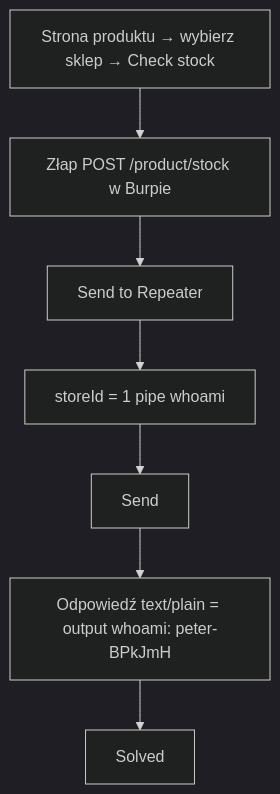
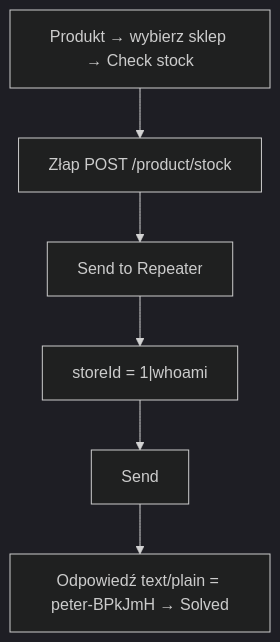
One commit to DrCondor/portswigger-labs changed the diagram in os-command-injection/01-simple-case.md. Above: the diagram before and after it, drawn with Mermaid (dark theme). The commit also changed other lines of this file and 26 other files, not shown here.

````diff
--- a/os-command-injection/01-simple-case.md
+++ b/os-command-injection/01-simple-case.md
@@ -88,9 +34,8 @@
 ```mermaid
 flowchart TD
-    A[Strona produktu → wybierz sklep → Check stock] --> B[Złap POST /product/stock w Burpie]
+    A[Produkt → wybierz sklep → Check stock] --> B[Złap POST /product/stock]
     B --> C[Send to Repeater]
-    C --> D[storeId = 1 pipe whoami]
+    C --> D["storeId = 1|whoami"]
     D --> E[Send]
-    E --> F[Odpowiedź text/plain = output whoami: peter-BPkJmH]
-    F --> G[Solved]
+    E --> F["Odpowiedź text/plain = peter-BPkJmH → Solved"]
 ```
````
